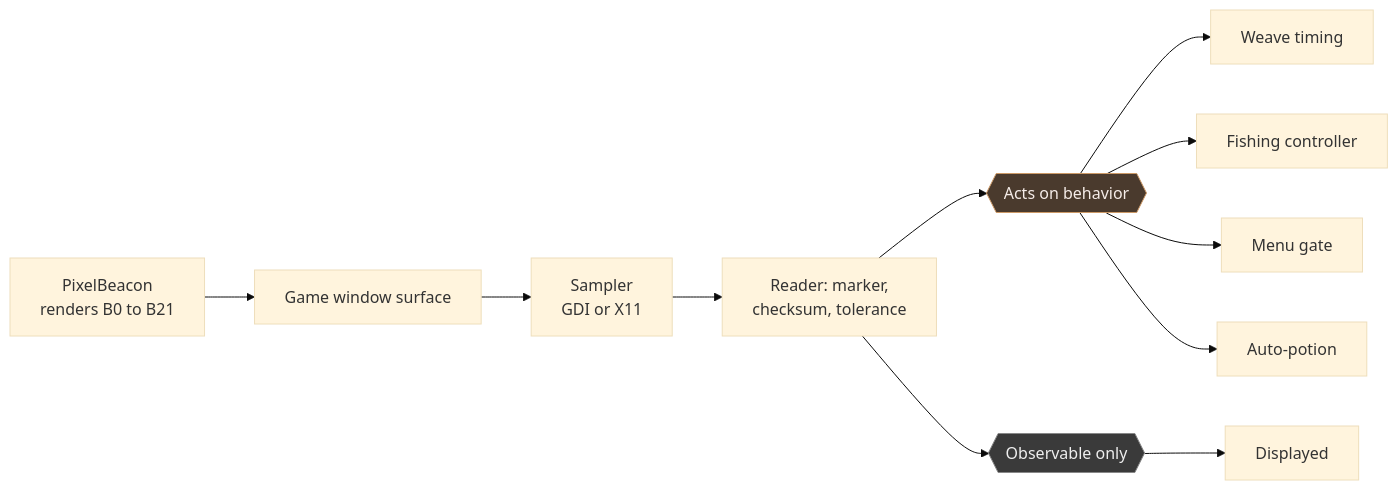
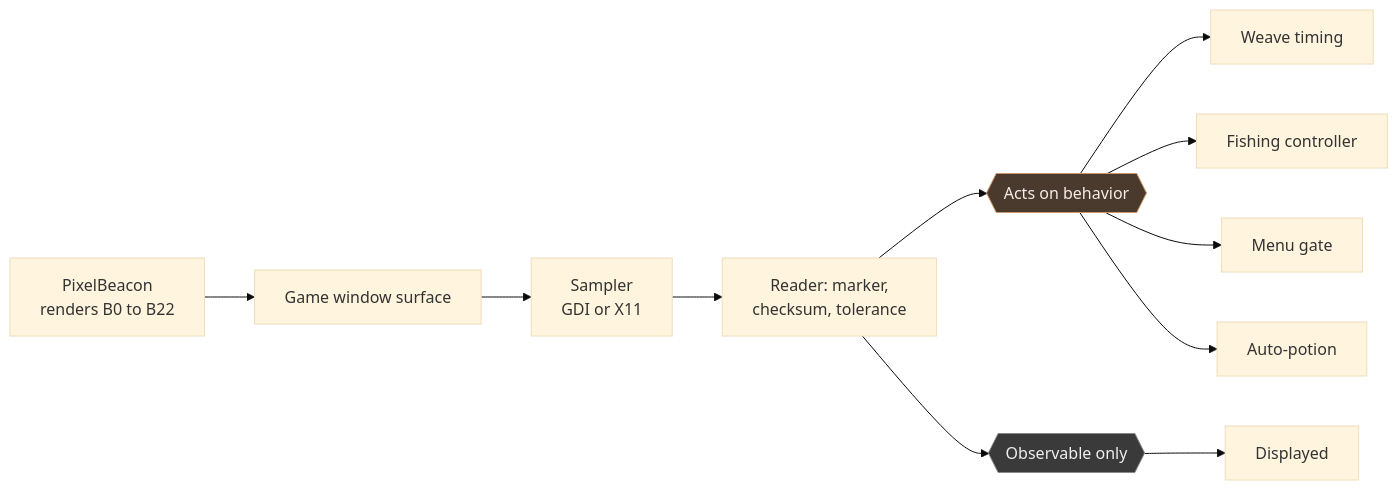
Before and after one commit to h8rt3rmin8r/eso-weave: the fourth of 4 diagrams in docs/ESO-Weave-Specification.md, drawn with Mermaid (base theme). The commit also changed other lines of this file and 29 other files, not shown here.

````diff
--- a/docs/ESO-Weave-Specification.md
+++ b/docs/ESO-Weave-Specification.md
@@ -615,16 +617,16 @@
 ```mermaid
 flowchart LR
-    ADDON[PixelBeacon<br/>renders B0 to B21] --> SURF[Game window surface]
+    ADDON[PixelBeacon<br/>renders B0 to B22] --> SURF[Game window surface]
     SURF --> SMP[Sampler<br/>GDI or X11]
     SMP --> RDR[Reader: marker,<br/>checksum, tolerance]
     RDR --> ACT{{Acts on behavior}}
     RDR --> OBS{{Observable only}}
     ACT --> WE[Weave timing]
     ACT --> FC[Fishing controller]
     ACT --> GATE[Menu gate]
     ACT --> AP[Auto-potion]
     OBS --> UI[Displayed]
 
     style ACT fill:#4a3a2d,stroke:#c96,color:#f5ece8
     style OBS fill:#3a3a3a,stroke:#888,color:#eee
 ```
````
